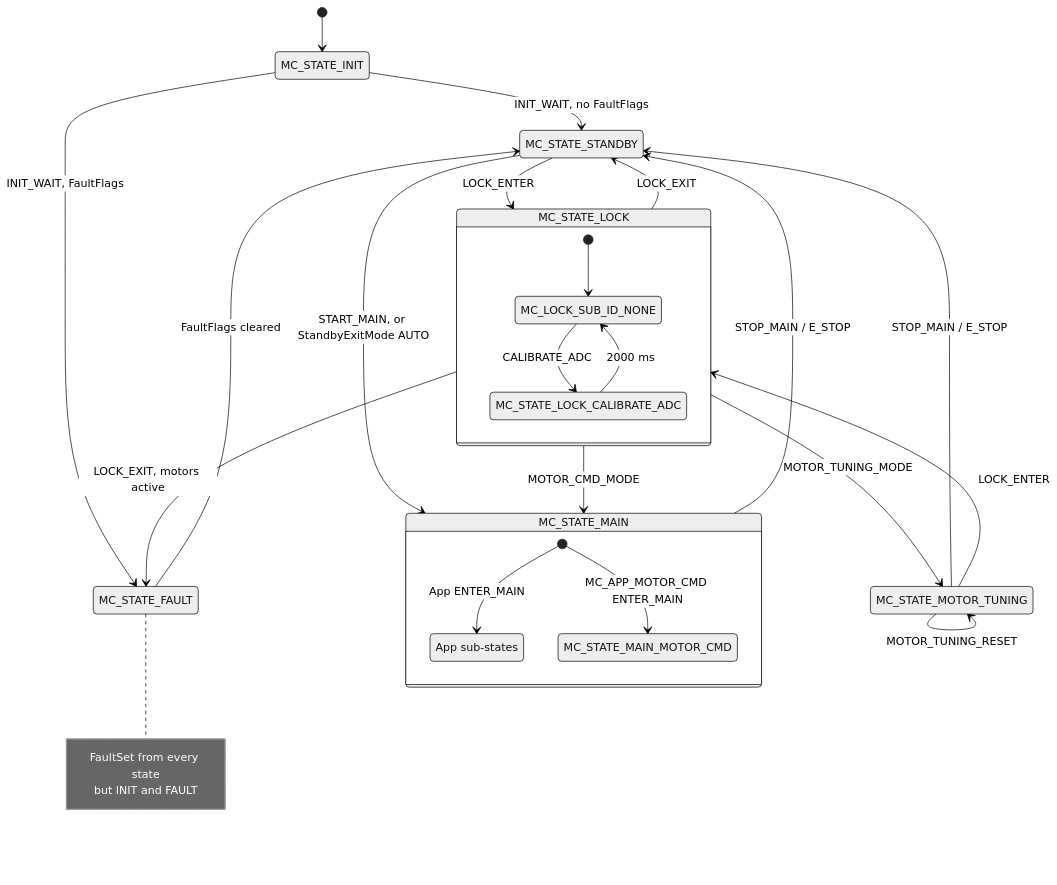
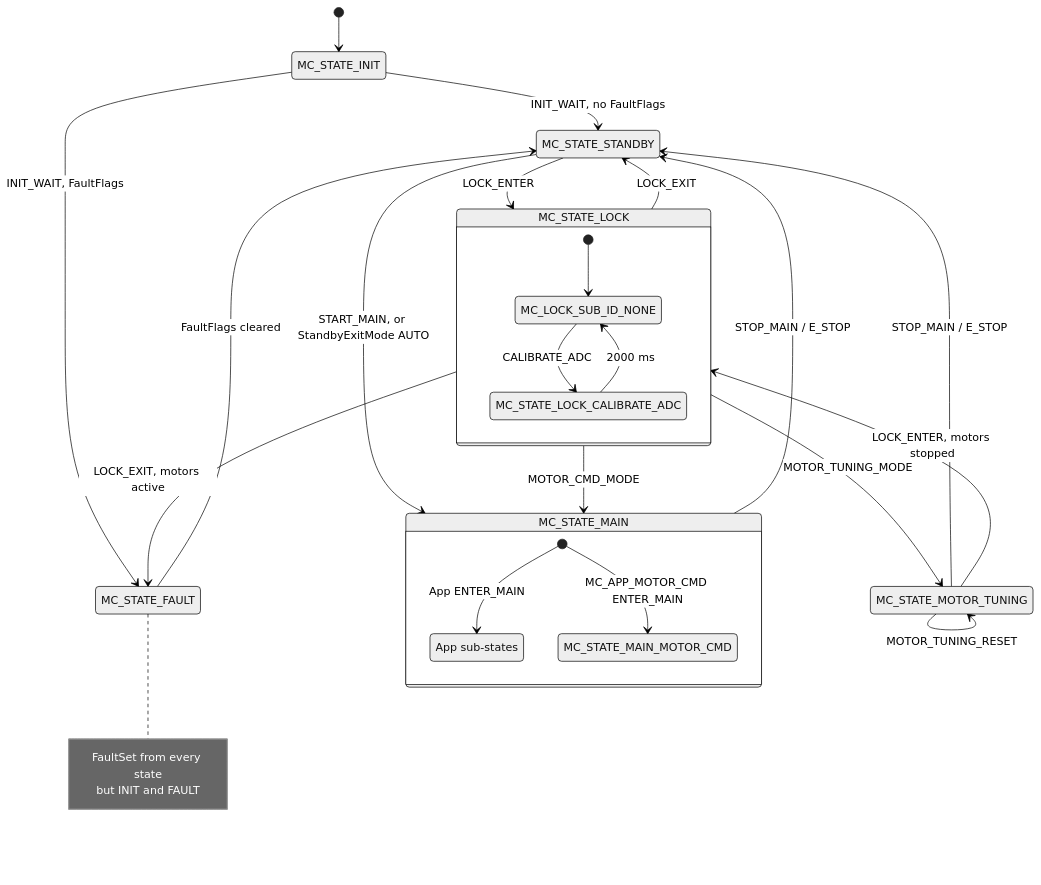
Before and after one commit to FireSourcery/FireSourcery_Library: the first of 5 diagrams in Motor/Docs/MotorController_StateMachine.md, drawn with Mermaid (neutral theme). The commit also changed other lines of this file and 16 other files, not shown here.

````diff
--- a/Motor/Docs/MotorController_StateMachine.md
+++ b/Motor/Docs/MotorController_StateMachine.md
@@ -24,36 +24,36 @@
 ```mermaid
 stateDiagram-v2
     [*] --> MC_STATE_INIT
     MC_STATE_INIT --> MC_STATE_STANDBY: INIT_WAIT, no FaultFlags
     MC_STATE_INIT --> MC_STATE_FAULT: INIT_WAIT, FaultFlags
 
     MC_STATE_STANDBY --> MC_STATE_MAIN: START_MAIN, or StandbyExitMode AUTO
     MC_STATE_MAIN --> MC_STATE_STANDBY: STOP_MAIN / E_STOP
     MC_STATE_STANDBY --> MC_STATE_LOCK: LOCK_ENTER
 
     state MC_STATE_MAIN {
         state "App sub-states" as APP
         [*] --> APP: App ENTER_MAIN
         [*] --> MC_STATE_MAIN_MOTOR_CMD: MC_APP_MOTOR_CMD ENTER_MAIN
     }
 
     state MC_STATE_LOCK {
         [*] --> MC_LOCK_SUB_ID_NONE
         MC_LOCK_SUB_ID_NONE --> MC_STATE_LOCK_CALIBRATE_ADC: CALIBRATE_ADC
         MC_STATE_LOCK_CALIBRATE_ADC --> MC_LOCK_SUB_ID_NONE: 2000 ms
     }
     MC_STATE_LOCK --> MC_STATE_STANDBY: LOCK_EXIT
     MC_STATE_LOCK --> MC_STATE_FAULT: LOCK_EXIT, motors active
     MC_STATE_LOCK --> MC_STATE_MAIN: MOTOR_CMD_MODE
     MC_STATE_LOCK --> MC_STATE_MOTOR_TUNING: MOTOR_TUNING_MODE
 
     MC_STATE_MOTOR_TUNING --> MC_STATE_STANDBY: STOP_MAIN / E_STOP
     MC_STATE_MOTOR_TUNING --> MC_STATE_MOTOR_TUNING: MOTOR_TUNING_RESET
-    MC_STATE_MOTOR_TUNING --> MC_STATE_LOCK: LOCK_ENTER
+    MC_STATE_MOTOR_TUNING --> MC_STATE_LOCK: LOCK_ENTER, motors stopped
 
     MC_STATE_FAULT --> MC_STATE_STANDBY: FaultFlags cleared
     note right of MC_STATE_FAULT
         FaultSet from every state
         but INIT and FAULT
     end note
 ```
````
